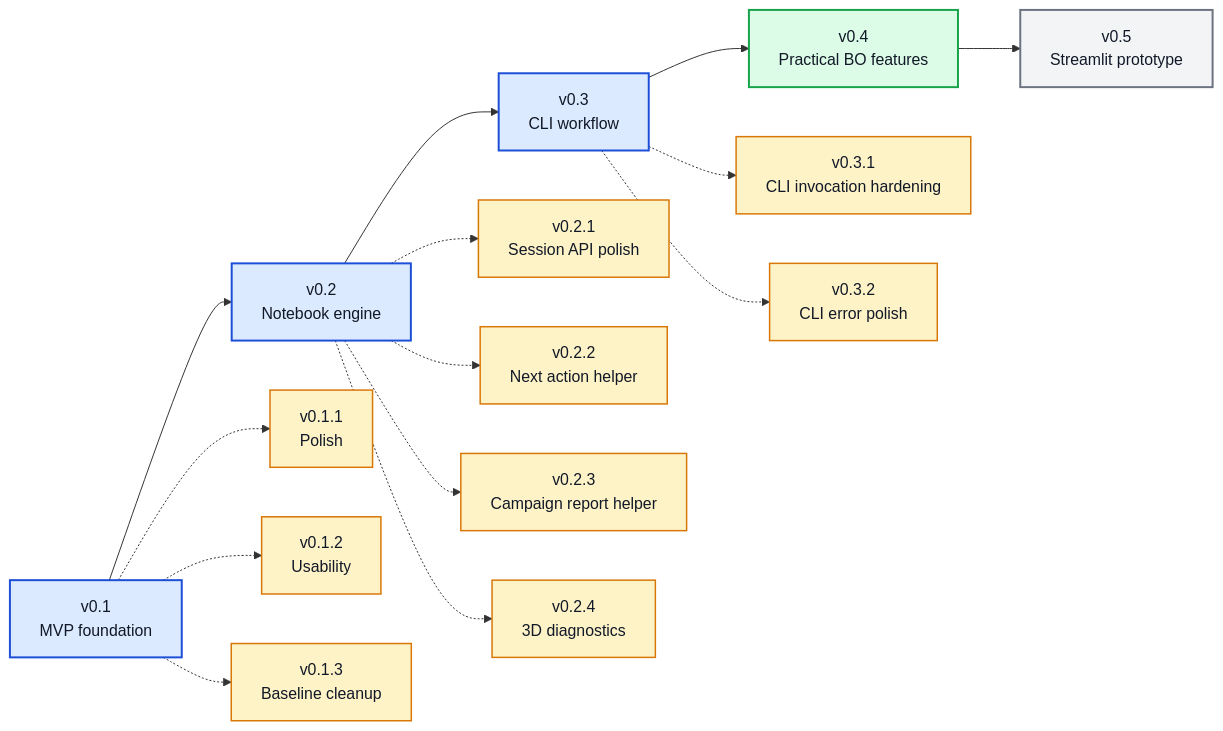
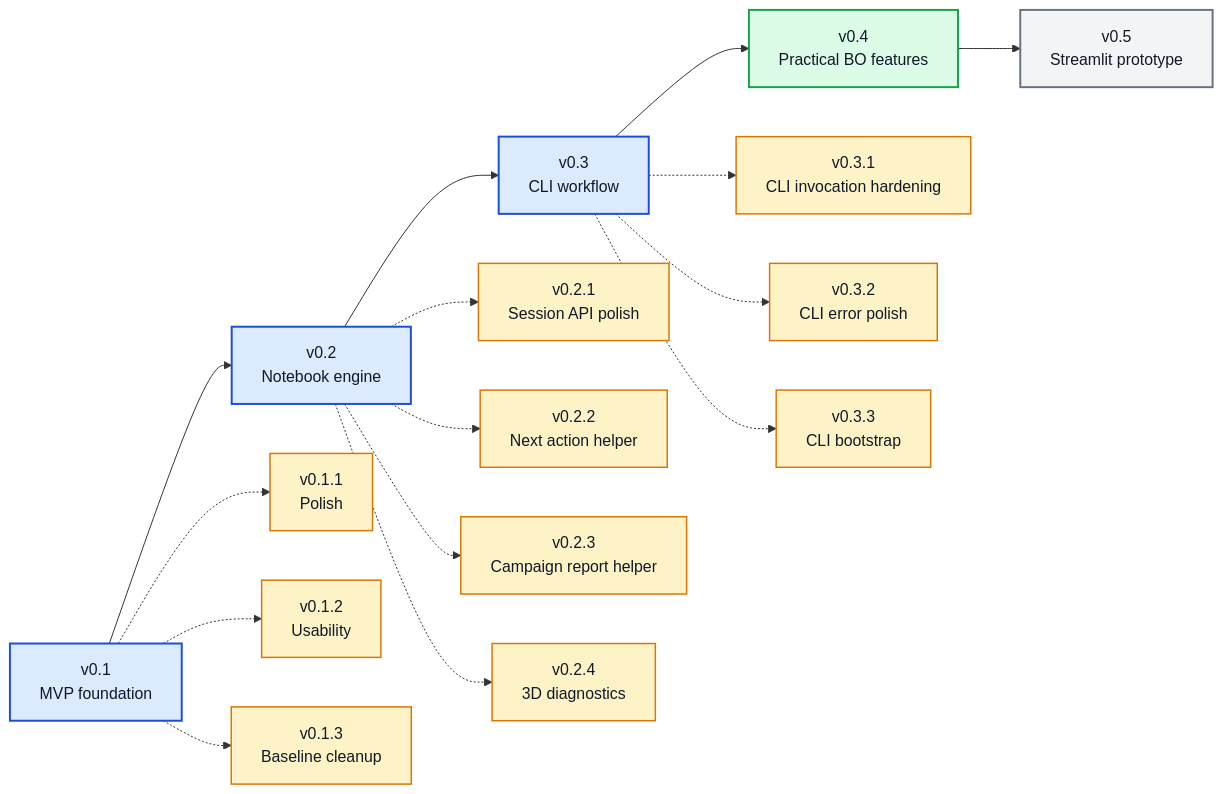
The diagram in ROADMAP.md (angzeli/bo-forge), drawn with Mermaid before and after one commit. The commit also changed other lines of this file and 9 other files, not shown here.

Commit message:
v0.3.3 update: CLI bootstrap

````diff
--- a/ROADMAP.md
+++ b/ROADMAP.md
@@ -7,34 +7,36 @@
 ```mermaid
 flowchart LR
     v01["v0.1<br/>MVP foundation"] --> v02["v0.2<br/>Notebook engine"] --> v03["v0.3<br/>CLI workflow"] --> v04["v0.4<br/>Practical BO features"] --> v05["v0.5<br/>Streamlit prototype"]
 
     v011["v0.1.1<br/>Polish"]
     v012["v0.1.2<br/>Usability"]
     v013["v0.1.3<br/>Baseline cleanup"]
     v021["v0.2.1<br/>Session API polish"]
     v022["v0.2.2<br/>Next action helper"]
     v023["v0.2.3<br/>Campaign report helper"]
     v024["v0.2.4<br/>3D diagnostics"]
     v031["v0.3.1<br/>CLI invocation hardening"]
     v032["v0.3.2<br/>CLI error polish"]
+    v033["v0.3.3<br/>CLI bootstrap"]
     
     v01 -.-> v011
     v01 -.-> v012
     v01 -.-> v013
     v02 -.-> v021
     v02 -.-> v022
     v02 -.-> v023
     v02 -.-> v024
     v03 -.-> v031
     v03 -.-> v032
+    v03 -.-> v033
     
     class v01,v02,v03 majorDone
     class v04 majorNext
     class v05 majorFuture
-    class v011,v012,v013,v021,v022,v023,v024,v031,v032 patchDone
+    class v011,v012,v013,v021,v022,v023,v024,v031,v032,v033 patchDone
 
     classDef majorDone fill:#dbeafe,stroke:#1d4ed8,stroke-width:2px,color:#111827;
     classDef majorNext fill:#dcfce7,stroke:#16a34a,stroke-width:2px,color:#111827;
     classDef majorFuture fill:#f3f4f6,stroke:#6b7280,stroke-width:2px,color:#111827;
     classDef patchDone fill:#fef3c7,stroke:#d97706,stroke-width:1.5px,color:#111827;
 ```
````
